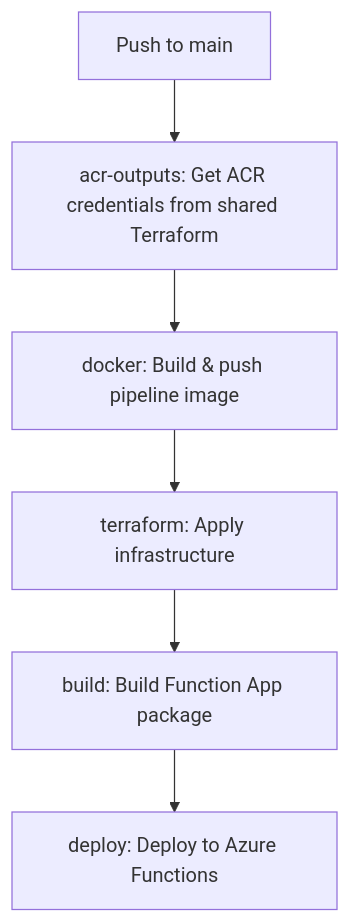
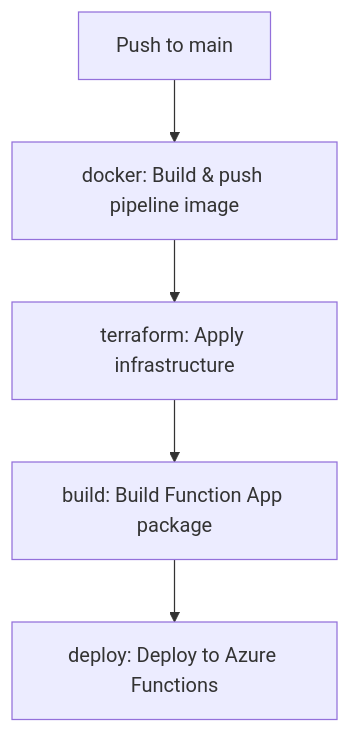
One commit to tomboone/tvbingefriend-recommendation-service changed the diagram in .github/workflows/README.md. Above: the diagram before and after it, drawn with Mermaid. The commit also changed other lines of this file and 2 other files, not shown here.

````diff
--- a/.github/workflows/README.md
+++ b/.github/workflows/README.md
@@ -132,8 +125,7 @@
 ```mermaid
 graph TD
-    A[Push to main] --> B[acr-outputs: Get ACR credentials from shared Terraform]
-    B --> C[docker: Build & push pipeline image]
-    C --> D[terraform: Apply infrastructure]
-    D --> E[build: Build Function App package]
-    E --> F[deploy: Deploy to Azure Functions]
+    A[Push to main] --> B[docker: Build & push pipeline image]
+    B --> C[terraform: Apply infrastructure]
+    C --> D[build: Build Function App package]
+    D --> E[deploy: Deploy to Azure Functions]
 ```
````
